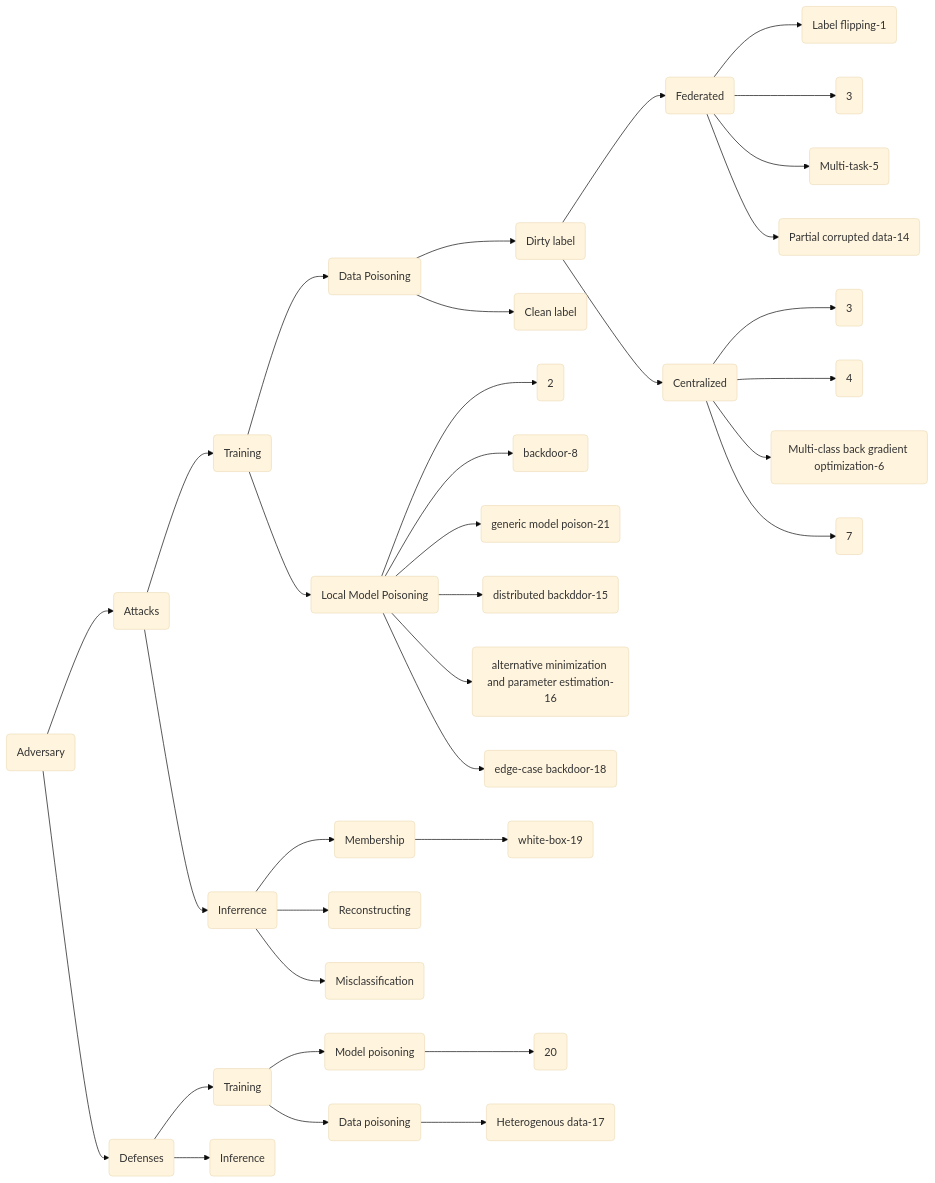
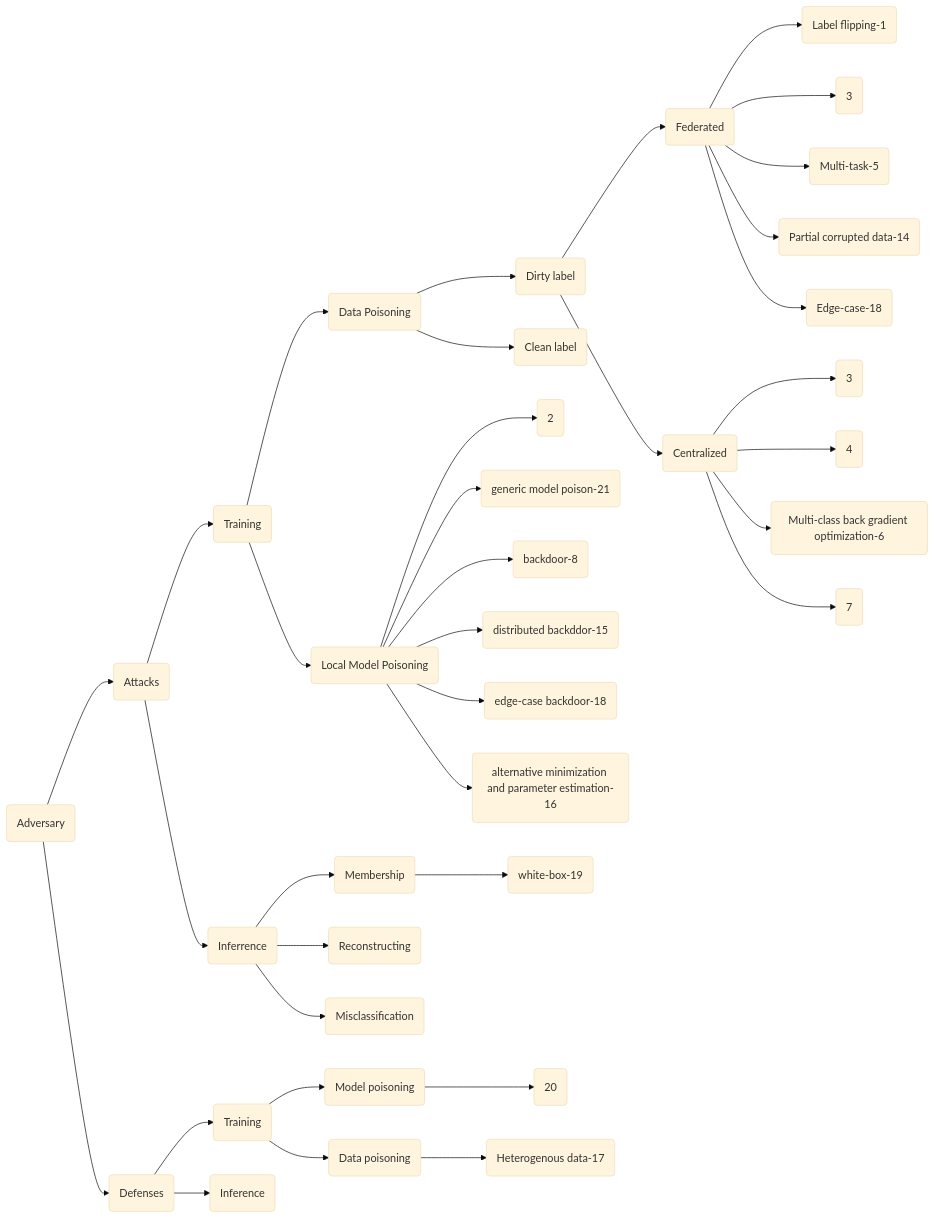
Before and after one commit to GillHuang-Xtler/flPapers: the second of 3 diagrams in README.md, drawn with Mermaid (base theme). The commit also changed other lines of this file and 7 other files, not shown here.

````diff
--- a/README.md
+++ b/README.md
@@ -371,37 +426,38 @@
 ```mermaid
 graph LR
 Z(Adversary)-->Z1(Attacks)
 Z-->Z2(Defenses)
 Z1-->A1(Training)
 Z1-->A2(Inferrence)
 A1-->B1(Data Poisoning)
 B1-->M1(Dirty label)
 B1-->M2(Clean label)
 A1-->B2(Local Model Poisoning)
 M1-->C1(Federated)
 M1-->C2(Centralized)
 B2-->D1(2)
+B2-->D3(generic model poison-21)
 B2-->D2(backdoor-8)
-B2-->D3(generic model poison-21)
 B2-->D4(distributed backddor-15)
+B2-->D6(edge-case backdoor-18)
 B2-->D5(alternative minimization and parameter estimation-16)
-B2-->D6(edge-case backdoor-18)
 C1-->G1(Label flipping-1)
 C1-->G2(3)
 C1-->G3(Multi-task-5)
 C1-->G4(Partial corrupted data-14)
+C1-->G5(Edge-case-18)
 C2-->H1(3)
 C2-->H2(4)
 C2-->H3(Multi-class back gradient optimization-6)
 C2-->H4(7)
 A2-->B3(Membership)
 B3-->I1(white-box-19)
 A2-->B4(Reconstructing)
 A2-->B5(Misclassification)
 Z2-->B11(Training)
 Z2-->B12(Inference)
 B11-->C11(Model poisoning)
 B11-->C12(Data poisoning)
 C11-->D11(20)
 C12-->D12(Heterogenous data-17)
 ```
````
